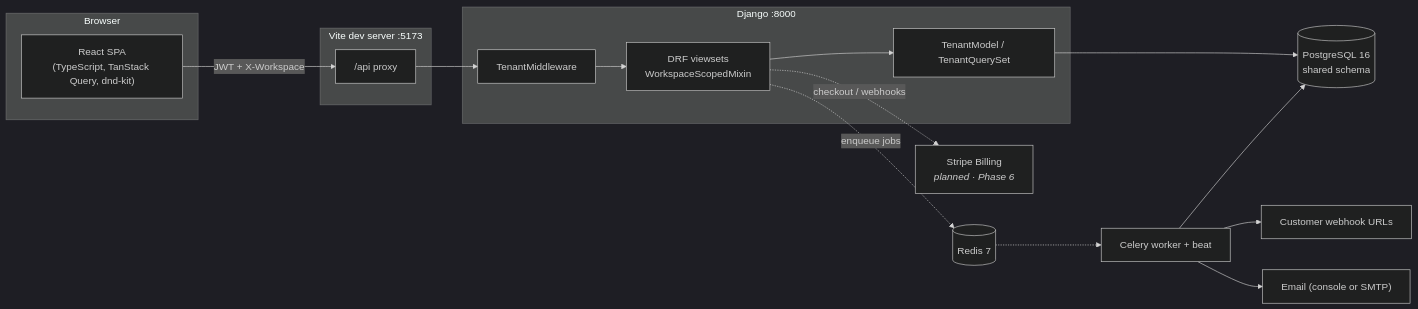
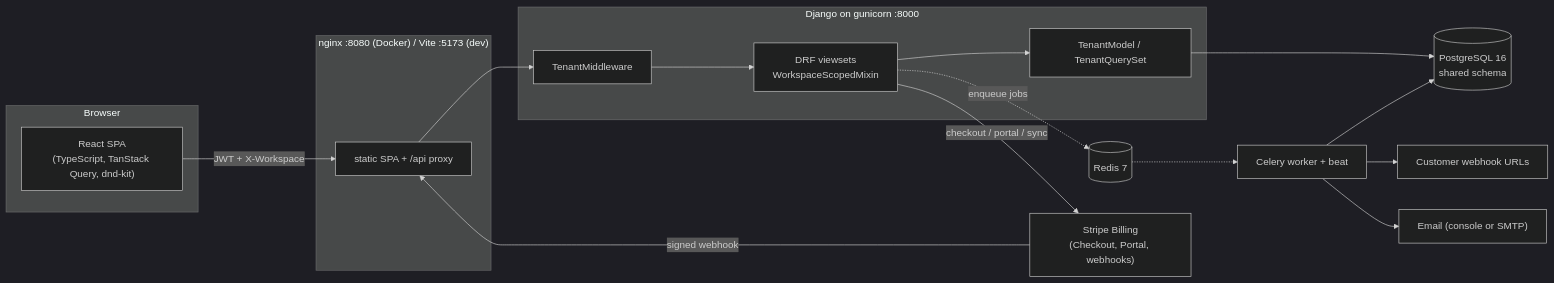
The first of 7 diagrams in docs/ARCHITECTURE.md (Abhishek-Gangwar-18/nexvia-capstone-project-submission), drawn with Mermaid (dark theme) before and after one commit. The commit also changed other lines of this file and 2 other files, not shown here.

Commit message:
docs: README+docs: document billing, Docker deployment and the updated API and architecture -> the docs must match the new features -> developers can configure Stripe and run the full stack

````diff
--- a/docs/ARCHITECTURE.md
+++ b/docs/ARCHITECTURE.md
@@ -27,27 +29,28 @@
 ```mermaid
 flowchart LR
     subgraph Browser
         SPA["React SPA<br/>(TypeScript, TanStack Query, dnd-kit)"]
     end
-    subgraph Dev["Vite dev server :5173"]
-        Proxy["/api proxy"]
+    subgraph Dev["nginx :8080 (Docker) / Vite :5173 (dev)"]
+        Proxy["static SPA + /api proxy"]
     end
-    subgraph Backend["Django :8000"]
+    subgraph Backend["Django on gunicorn :8000"]
         MW["TenantMiddleware"]
         DRF["DRF viewsets<br/>WorkspaceScopedMixin"]
         ORM["TenantModel / TenantQuerySet"]
     end
     PG[("PostgreSQL 16<br/>shared schema")]
     Redis[("Redis 7")]
     Worker["Celery worker + beat"]
     Hooks["Customer webhook URLs"]
     Mail["Email (console or SMTP)"]
-    Stripe["Stripe Billing<br/><i>planned · Phase 6</i>"]
+    Stripe["Stripe Billing<br/>(Checkout, Portal, webhooks)"]
 
     SPA -- "JWT + X-Workspace" --> Proxy --> MW --> DRF --> ORM --> PG
     DRF -. "enqueue jobs" .-> Redis -.-> Worker
     Worker --> PG
     Worker --> Hooks
     Worker --> Mail
-    DRF -. "checkout / webhooks" .-> Stripe
+    DRF -- "checkout / portal / sync" --> Stripe
+    Stripe -- "signed webhook" --> Proxy
 ```
````
